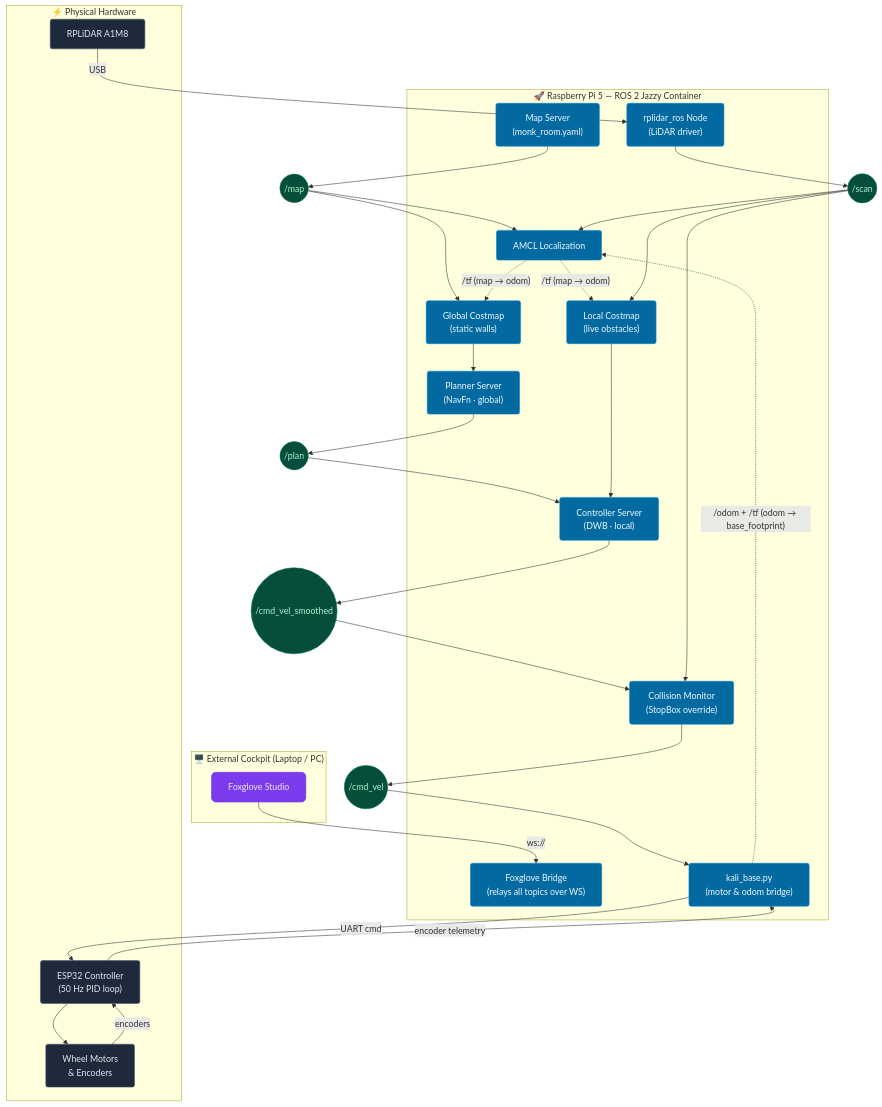
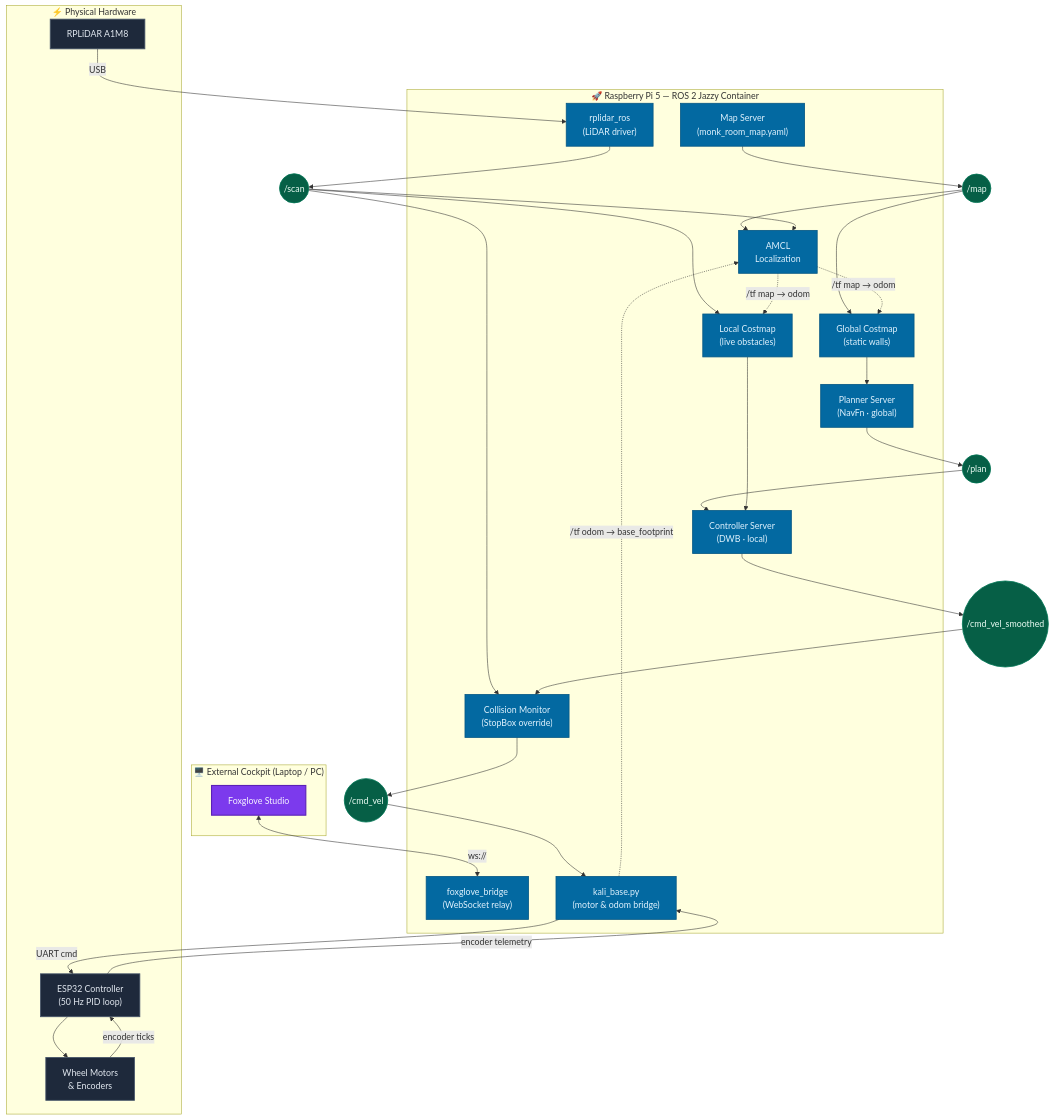
The diagram in README.md (harshagm665-netizen/amr-nav-stack), drawn with Mermaid before and after one commit. The commit also changed other lines of this file and 1 other file, not shown here.

Commit message:
Add interactive architecture diagram and sync README Mermaid
Add docs/architecture.html: a self-contained interactive diagram
(Tailwind + Mermaid) with zoom, SVG download, and a copyable source
view. Sync the README Mermaid to the same topology and link the
interactive page. Also fix frame-label consistency (odom -> base_footprint)
and the map filename (monk_room_map.yaml).

````diff
--- a/README.md
+++ b/README.md
@@ -34,74 +34,75 @@
 ```mermaid
 flowchart TB
-    %% Premium ROS2 Styling
-    classDef external fill:#7c3aed,stroke:#6d28d9,stroke-width:1px,color:#ede9fe,rx:8px
-    classDef rosnode fill:#0369a1,stroke:#0284c7,stroke-width:1px,color:#f0f9ff,rx:4px
-    classDef topic fill:#064e3b,stroke:#047857,stroke-width:1px,color:#a7f3d0,rx:16px
-    classDef hardware fill:#1e293b,stroke:#475569,stroke-width:1px,color:#e2e8f0,rx:4px
+    classDef cockpit  fill:#7c3aed,stroke:#5b21b6,stroke-width:2px,color:#f5f3ff
+    classDef rosnode  fill:#0369a1,stroke:#075985,stroke-width:1.5px,color:#e0f2fe
+    classDef topic    fill:#065f46,stroke:#047857,stroke-width:1.5px,color:#ecfdf5
+    classDef hardware fill:#1e293b,stroke:#475569,stroke-width:1.5px,color:#e2e8f0
 
-    subgraph Cockpit["🖥️ External Cockpit (Laptop / PC)"]
-        Studio["Foxglove Studio"]:::external
+    subgraph Cockpit["🖥️  External Cockpit  (Laptop / PC)"]
+        Studio["Foxglove Studio"]:::cockpit
     end
 
-    subgraph Pi["🚀 Raspberry Pi 5 — ROS 2 Jazzy Container"]
-        Bridge["Foxglove Bridge<br/>(relays all topics over WS)"]:::rosnode
-        MapSrv["Map Server<br/>(monk_room.yaml)"]:::rosnode
-        AMCL["AMCL Localization"]:::rosnode
+    subgraph Pi["🚀  Raspberry Pi 5  —  ROS 2 Jazzy Container"]
+        Bridge["foxglove_bridge<br/>(WebSocket relay)"]:::rosnode
+        MapSrv["Map Server<br/>(monk_room_map.yaml)"]:::rosnode
+        AMCL["AMCL<br/>Localization"]:::rosnode
         GCost["Global Costmap<br/>(static walls)"]:::rosnode
         LCost["Local Costmap<br/>(live obstacles)"]:::rosnode
         Planner["Planner Server<br/>(NavFn · global)"]:::rosnode
         Ctrl["Controller Server<br/>(DWB · local)"]:::rosnode
         CollMon["Collision Monitor<br/>(StopBox override)"]:::rosnode
         Base["kali_base.py<br/>(motor & odom bridge)"]:::rosnode
-        LidarDrv["rplidar_ros Node<br/>(LiDAR driver)"]:::rosnode
+        LidarDrv["rplidar_ros<br/>(LiDAR driver)"]:::rosnode
     end
 
-    subgraph HW["⚡ Physical Hardware"]
+    subgraph HW["⚡  Physical Hardware"]
         RPLIDAR["RPLiDAR A1M8"]:::hardware
         ESP32["ESP32 Controller<br/>(50 Hz PID loop)"]:::hardware
         Motors["Wheel Motors<br/>& Encoders"]:::hardware
     end
 
-    %% Topics (Pub/Sub Hubs)
+    %% ── ROS 2 Topics (pub/sub hubs) ──────────────────────────
     T_Map(("/map")):::topic
     T_Scan(("/scan")):::topic
     T_Plan(("/plan")):::topic
     T_Smooth(("/cmd_vel_smoothed")):::topic
     T_Cmd(("/cmd_vel")):::topic
 
-    %% External → bridge
-    Studio -->|"ws://"| Bridge
+    %% ── Cockpit ↔ Bridge ─────────────────────────────────────
+    Studio <-->|"ws://"| Bridge
 
-    %% Mapping + localization
+    %% ── Map pipeline ─────────────────────────────────────────
     MapSrv --> T_Map
     T_Map --> AMCL
     T_Map --> GCost
-    AMCL -.->|"/tf (map → odom)"| GCost
-    AMCL -.->|"/tf (map → odom)"| LCost
 
-    %% Planning + control
+    %% ── Scan pipeline ────────────────────────────────────────
+    RPLIDAR -->|"USB"| LidarDrv
+    LidarDrv --> T_Scan
+    T_Scan --> AMCL
+    T_Scan --> LCost
+    T_Scan --> CollMon
+
+    %% ── TF / Odom (dashed = coordinate transforms) ──────────
+    Base -.->|"/tf  odom → base_footprint"| AMCL
+    AMCL -.->|"/tf  map → odom"| GCost
+    AMCL -.->|"/tf  map → odom"| LCost
+
+    %% ── Planning pipeline ────────────────────────────────────
     GCost --> Planner
     Planner --> T_Plan
     T_Plan --> Ctrl
+
+    %% ── Control pipeline ─────────────────────────────────────
     LCost --> Ctrl
     Ctrl --> T_Smooth
     T_Smooth --> CollMon
     CollMon --> T_Cmd
     T_Cmd --> Base
 
-    %% Sensing
-    RPLIDAR -->|"USB"| LidarDrv
-    LidarDrv --> T_Scan
-    T_Scan --> LCost
-    T_Scan --> CollMon
-    T_Scan --> AMCL
-
-    %% Bridge ↔ ESP32 ↔ motors
+    %% ── Motor / encoder loop ─────────────────────────────────
     Base -->|"UART cmd"| ESP32
     ESP32 -->|"encoder telemetry"| Base
     ESP32 --> Motors
-    Motors -->|"encoders"| ESP32
-
-    %% Odometry feeding localization
-    Base -.->|"/odom + /tf (odom → base_footprint)"| AMCL
+    Motors -->|"encoder ticks"| ESP32
 ```
````
